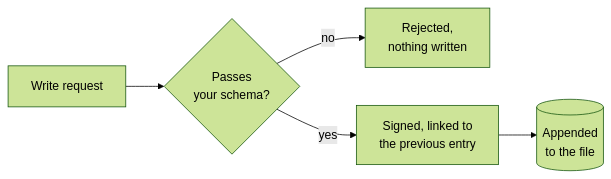
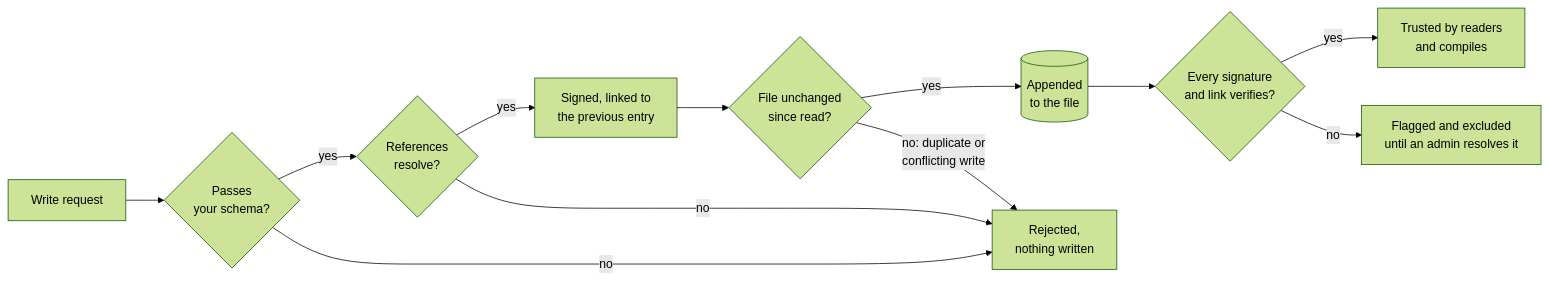
Before and after one commit to bristweb/yafidb: the second of 2 diagrams in README.md, drawn with Mermaid (forest theme).

Commit message:
Show all rejection checks in How writes stay valid

````diff
--- a/README.md
+++ b/README.md
@@ -74,7 +74,14 @@
 ```mermaid
 flowchart LR
     R[Write request] --> V{Passes<br/>your schema?}
+    V -->|yes| L{References<br/>resolve?}
+    L -->|yes| S[Signed, linked to<br/>the previous entry]
+    S --> C{File unchanged<br/>since read?}
+    C -->|yes| F[(Appended<br/>to the file)]
     V -->|no| X[Rejected,<br/>nothing written]
-    V -->|yes| S[Signed, linked to<br/>the previous entry]
-    S --> F[(Appended<br/>to the file)]
+    L -->|no| X
+    C -->|no: duplicate or<br/>conflicting write| X
+    F --> K{Every signature<br/>and link verifies?}
+    K -->|yes| O[Trusted by readers<br/>and compiles]
+    K -->|no| Q[Flagged and excluded<br/>until an admin resolves it]
 ```
````
